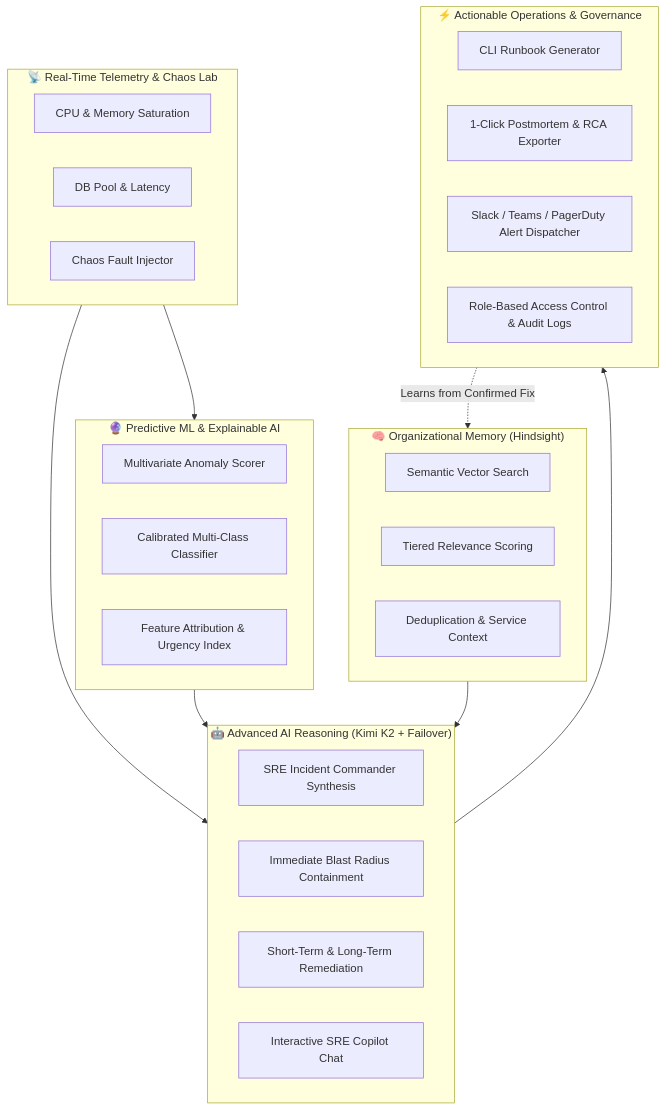
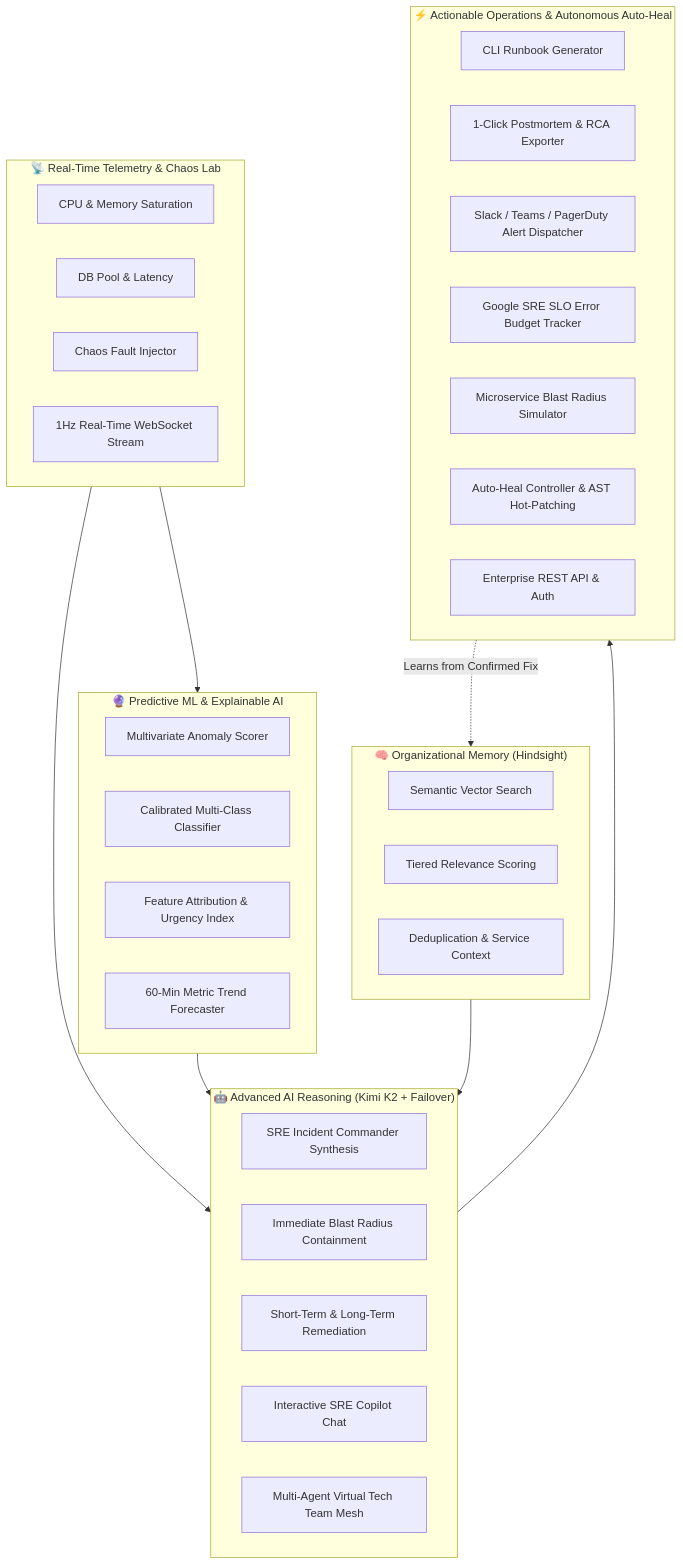
Before and after one commit to Tejwin-linto-ee/hindsight-incident-response-agent: the diagram in README.md, drawn with Mermaid. The commit also changed other lines of this file, not shown here.

Commit message:
docs(readme): comprehensive architecture documentation for all enterprise engines

````diff
--- a/README.md
+++ b/README.md
@@ -31,41 +32,47 @@
 ```mermaid
 flowchart TD
     subgraph INGESTION ["📡 Real-Time Telemetry & Chaos Lab"]
         T1[CPU & Memory Saturation]
         T2[DB Pool & Latency]
         T3[Chaos Fault Injector]
+        T4[1Hz Real-Time WebSocket Stream]
     end
 
     subgraph ML_ENGINE ["🔮 Predictive ML & Explainable AI"]
         X1[Multivariate Anomaly Scorer]
         X2[Calibrated Multi-Class Classifier]
         X3[Feature Attribution & Urgency Index]
+        X4[60-Min Metric Trend Forecaster]
     end
 
     subgraph MEMORY_ENGINE ["🧠 Organizational Memory (Hindsight)"]
         H1[Semantic Vector Search]
         H2[Tiered Relevance Scoring]
         H3[Deduplication & Service Context]
     end
 
     subgraph AI_TRIAGE ["🤖 Advanced AI Reasoning (Kimi K2 + Failover)"]
         L1[SRE Incident Commander Synthesis]
         L2[Immediate Blast Radius Containment]
         L3[Short-Term & Long-Term Remediation]
         L4[Interactive SRE Copilot Chat]
+        L5[Multi-Agent Virtual Tech Team Mesh]
     end
 
-    subgraph OPERATIONS ["⚡ Actionable Operations & Governance"]
+    subgraph OPERATIONS ["⚡ Actionable Operations & Autonomous Auto-Heal"]
         O1[CLI Runbook Generator]
         O2[1-Click Postmortem & RCA Exporter]
         O3[Slack / Teams / PagerDuty Alert Dispatcher]
-        O4[Role-Based Access Control & Audit Logs]
+        O4[Google SRE SLO Error Budget Tracker]
+        O5[Microservice Blast Radius Simulator]
+        O6[Auto-Heal Controller & AST Hot-Patching]
+        O7[Enterprise REST API & Auth]
     end
 
     INGESTION --> ML_ENGINE
     INGESTION --> AI_TRIAGE
     ML_ENGINE --> AI_TRIAGE
     MEMORY_ENGINE --> AI_TRIAGE
     AI_TRIAGE --> OPERATIONS
     OPERATIONS -.->|Learns from Confirmed Fix| MEMORY_ENGINE
 ```
````
